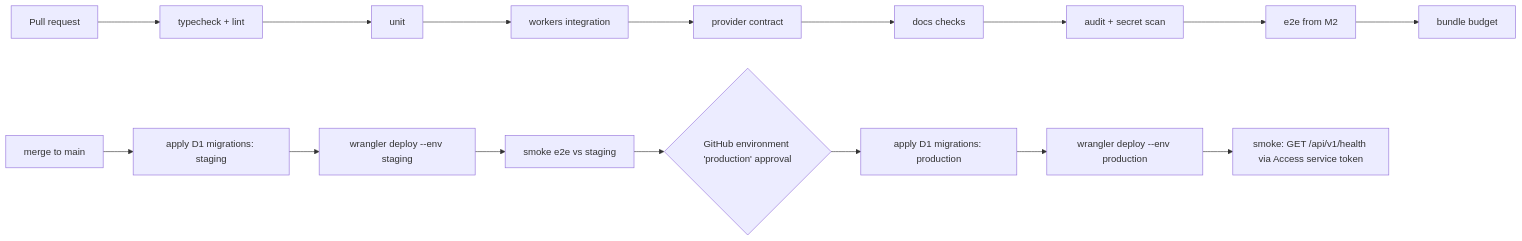
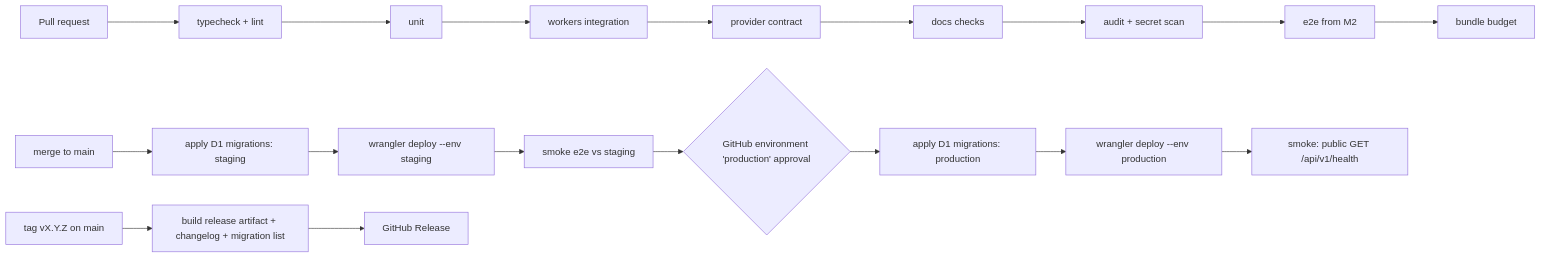
Before and after one commit to zemdregon/media-frontend: the diagram in docs/design/TDD.md, drawn with Mermaid. The commit also changed other lines of this file and 3 other files, not shown here.

````diff
--- a/docs/design/TDD.md
+++ b/docs/design/TDD.md
@@ -194,7 +194,8 @@
 ```mermaid
 flowchart LR
   PR[Pull request] --> C1[typecheck + lint] --> C2[unit] --> C3[workers integration] --> C4[provider contract] --> C5[docs checks] --> C6[audit + secret scan] --> C7[e2e from M2] --> C8[bundle budget]
   M[merge to main] --> S1[apply D1 migrations: staging] --> S2[wrangler deploy --env staging] --> S3[smoke e2e vs staging]
   S3 --> P0{GitHub environment 'production' approval}
-  P0 --> P1[apply D1 migrations: production] --> P2[wrangler deploy --env production] --> P3[smoke: GET /api/v1/health via Access service token]
+  T[tag vX.Y.Z on main] --> R1[build release artifact + changelog + migration list] --> R2[GitHub Release]
+  P0 --> P1[apply D1 migrations: production] --> P2[wrangler deploy --env production] --> P3[smoke: public GET /api/v1/health]
 ```
````
